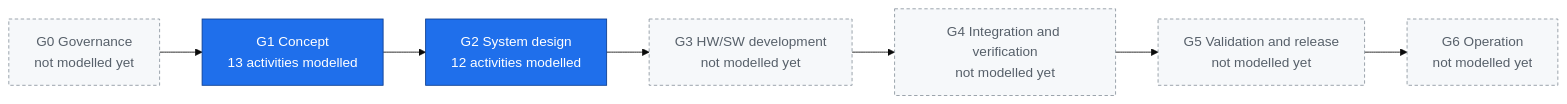
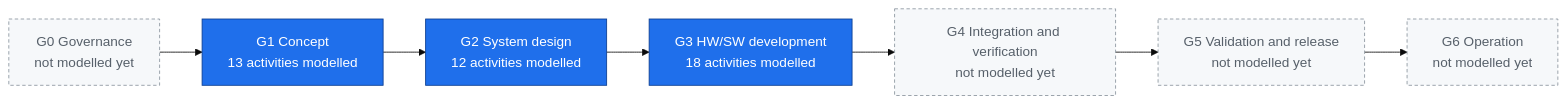
One commit to jherrodthomas/LionDriver changed the diagram in assurance/process/maps/lifecycle.md. Above: the diagram before and after it, drawn with Mermaid (base theme). The commit also changed other lines of this file and 8 other files, not shown here.

````diff
--- a/assurance/process/maps/lifecycle.md
+++ b/assurance/process/maps/lifecycle.md
@@ -8,15 +8,15 @@
 ```mermaid
 flowchart LR
   G0["G0 Governance<br/>not modelled yet"]
   G1["G1 Concept<br/>13 activities modelled"]
   G2["G2 System design<br/>12 activities modelled"]
-  G3["G3 HW/SW development<br/>not modelled yet"]
+  G3["G3 HW/SW development<br/>18 activities modelled"]
   G4["G4 Integration and verification<br/>not modelled yet"]
   G5["G5 Validation and release<br/>not modelled yet"]
   G6["G6 Operation<br/>not modelled yet"]
   G0 --> G1 --> G2 --> G3 --> G4 --> G5 --> G6
   classDef modelled fill:#1f6feb,stroke:#0b3d91,color:#ffffff
   classDef pending fill:#f6f8fa,stroke:#8c959f,color:#57606a,stroke-dasharray: 4 3
-  class G1,G2 modelled
-  class G0,G3,G4,G5,G6 pending
+  class G1,G2,G3 modelled
+  class G0,G4,G5,G6 pending
 ```
````
